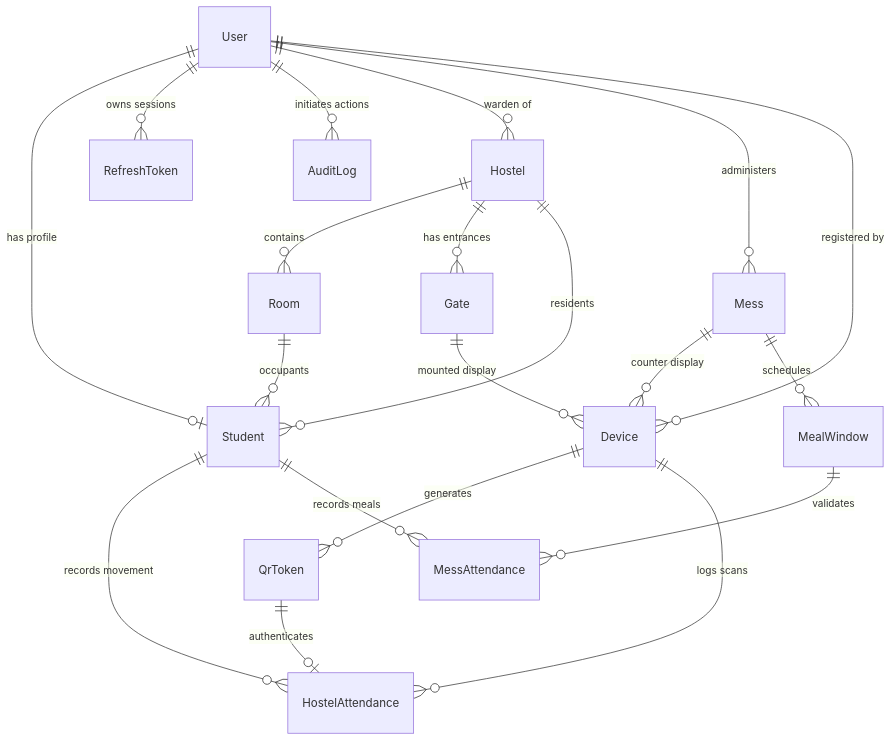
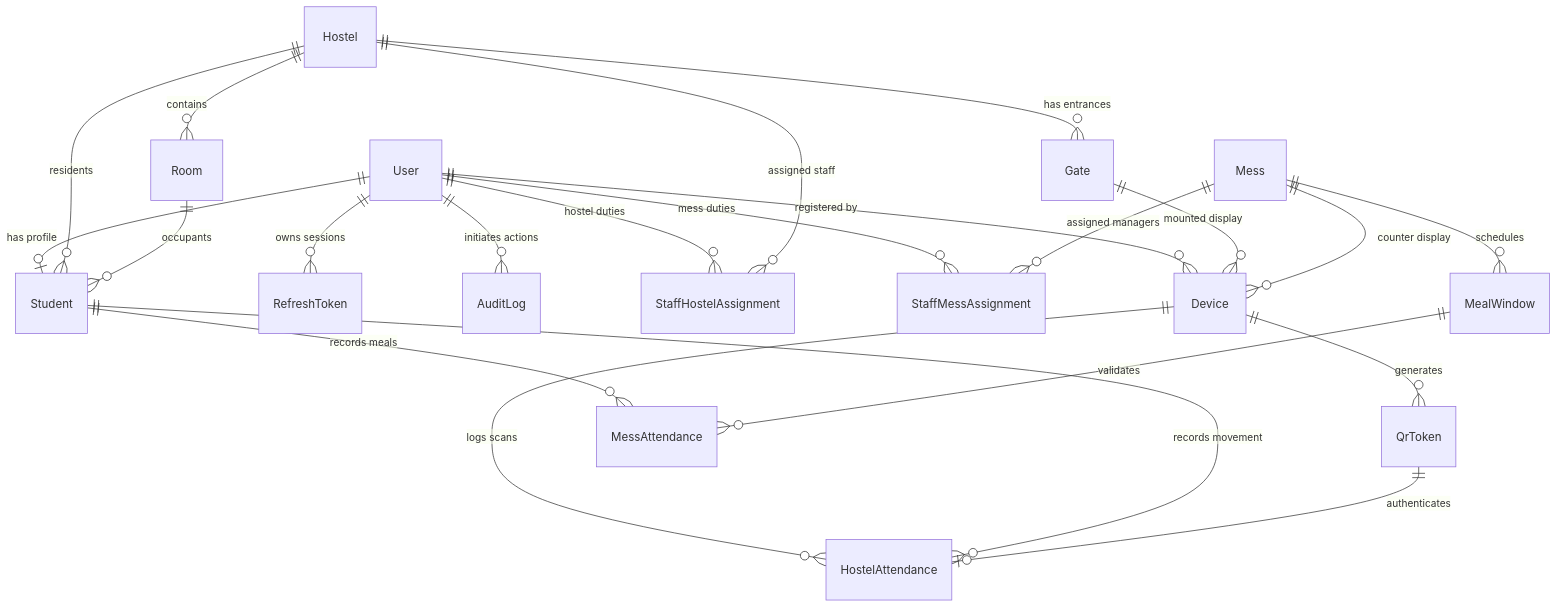
One commit to AbhiIED/Hostel360 changed the seventh of 7 diagrams in ARCHITECTURE.md. Above: the diagram before and after it, drawn with Mermaid. The commit also changed other lines of this file and 31 other files, not shown here.

````diff
--- a/ARCHITECTURE.md
+++ b/ARCHITECTURE.md
@@ -519,26 +521,28 @@
 ```mermaid
 erDiagram
     User ||--o| Student : "has profile"
     User ||--o{ RefreshToken : "owns sessions"
     User ||--o{ AuditLog : "initiates actions"
-    User ||--o{ Hostel : "warden of"
-    User ||--o{ Mess : "administers"
+    User ||--o{ StaffHostelAssignment : "hostel duties"
+    User ||--o{ StaffMessAssignment : "mess duties"
     User ||--o{ Device : "registered by"
 
+    Hostel ||--o{ StaffHostelAssignment : "assigned staff"
     Hostel ||--o{ Room : "contains"
     Hostel ||--o{ Gate : "has entrances"
     Hostel ||--o{ Student : "residents"
     Room ||--o{ Student : "occupants"
 
+    Mess ||--o{ StaffMessAssignment : "assigned managers"
     Gate ||--o{ Device : "mounted display"
     Mess ||--o{ Device : "counter display"
     Mess ||--o{ MealWindow : "schedules"
 
     Device ||--o{ QrToken : "generates"
     Device ||--o{ HostelAttendance : "logs scans"
 
     Student ||--o{ HostelAttendance : "records movement"
     Student ||--o{ MessAttendance : "records meals"
     MealWindow ||--o{ MessAttendance : "validates"
     QrToken ||--o| HostelAttendance : "authenticates"
 ```
````
